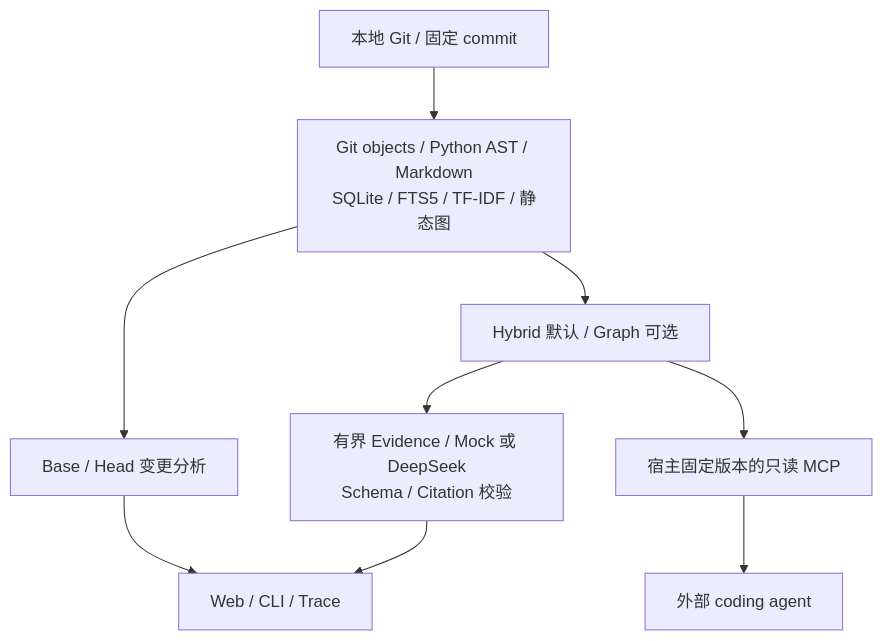
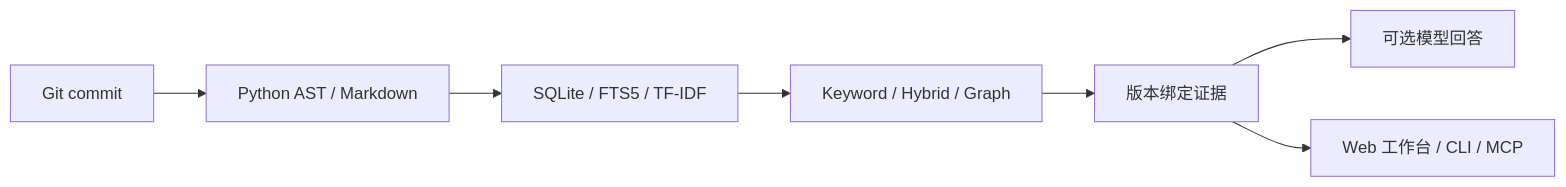
Before and after one commit to Zhang-J1a/RepoLens: the diagram in README.md, drawn with Mermaid. The commit also changed other lines of this file and 1 other file, not shown here.

````diff
--- a/README.md
+++ b/README.md
@@ -97,11 +62,9 @@
 ```mermaid
-flowchart TB
-    Git[本地 Git / 固定 commit] --> Store["Git objects / Python AST / Markdown<br/>SQLite / FTS5 / TF-IDF / 静态图"]
-    Store --> Search[Hybrid 默认 / Graph 可选]
-    Search --> Answer["有界 Evidence / Mock 或 DeepSeek<br/>Schema / Citation 校验"]
-    Store --> Diff[Base / Head 变更分析]
-    Search --> MCP[宿主固定版本的只读 MCP]
-    Answer --> UI[Web / CLI / Trace]
-    Diff --> UI
-    MCP --> Client[外部 coding agent]
+flowchart LR
+    Git[Git commit] --> Parse[Python AST / Markdown]
+    Parse --> Index[SQLite / FTS5 / TF-IDF]
+    Index --> Retrieve[Keyword / Hybrid / Graph]
+    Retrieve --> Evidence[版本绑定证据]
+    Evidence --> Answer[可选模型回答]
+    Evidence --> UI[Web 工作台 / CLI / MCP]
 ```
````
